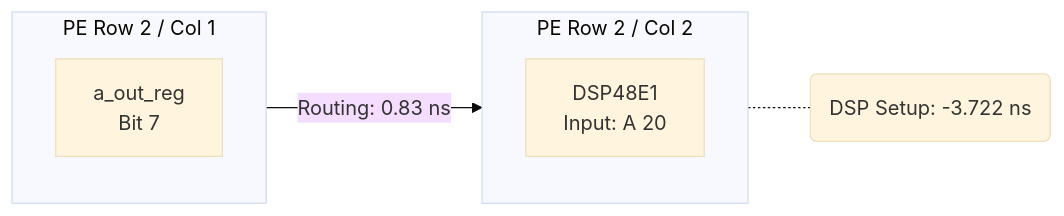
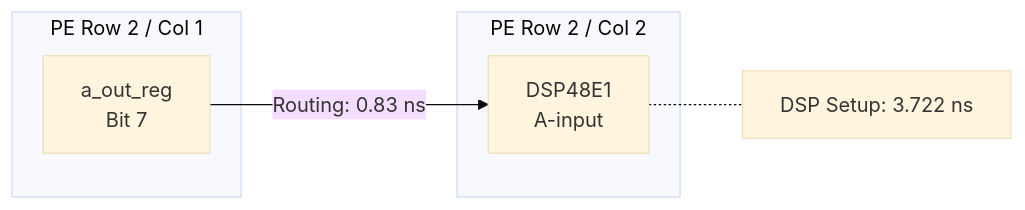
The second of 2 diagrams in fpga/docs/gemm_core.md (tom1209-netizen/vit-tiny-accelerator), drawn with Mermaid (base theme) before and after one commit. The commit also changed other lines of this file and 11 other files, not shown here.

````diff
--- a/fpga/docs/gemm_core.md
+++ b/fpga/docs/gemm_core.md
@@ -183,22 +633,13 @@
 ```mermaid
 graph LR
-    %% 1. Define Nodes first
-    subgraph PE_Col1 [PE Row 2 / Col 1]
-        direction TB
-        SRC_REG[a_out_reg<br/>Bit 7]
+    subgraph PE_Col1["PE Row 2 / Col 1"]
+        SRC["a_out_reg<br/>Bit 7"]
     end
 
-    subgraph PE_Col2 [PE Row 2 / Col 2]
-        direction TB
-        DEST_DSP[DSP48E1<br/>Input: A 20]
+    subgraph PE_Col2["PE Row 2 / Col 2"]
+        DSP["DSP48E1<br/>A-input"]
     end
 
-    %% 2. Define Connections
-    SRC_REG -- "Routing: 0.83 ns" --> DEST_DSP
-    DEST_DSP -.- TIME_NOTE(DSP Setup: -3.722 ns)
-
-    %% 4. Apply Styles
-    class SRC_REG reg
-    class DEST_DSP dsp
-    class TIME_NOTE delay
+    SRC -- "Routing: 0.83 ns" --> DSP
+    DSP -.- NOTE["DSP Setup: 3.722 ns"]
 ```
````
